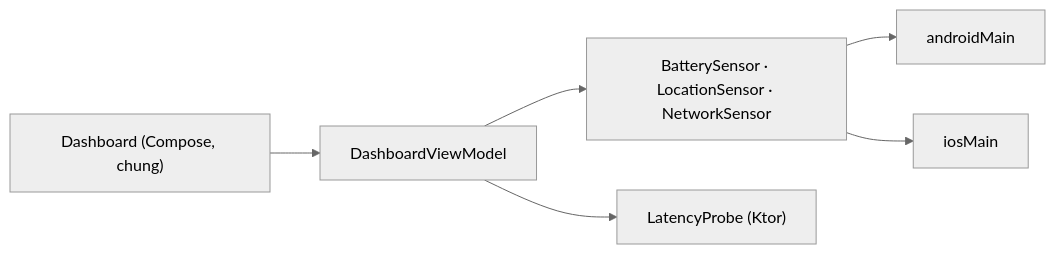
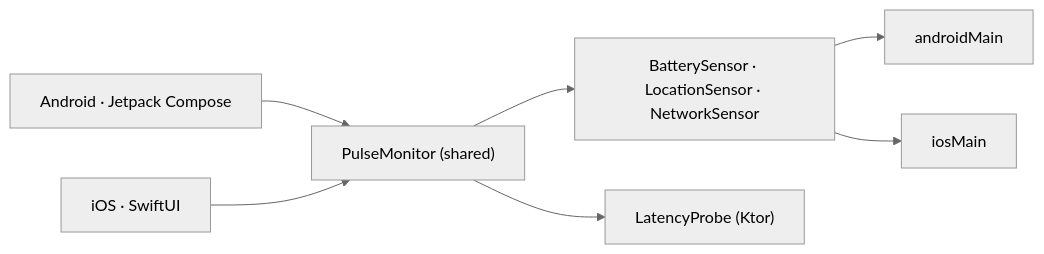
Before and after one commit to tucarmd/kotlin-multi-platform: the diagram in docs/lessons/01-what-is-kmp.md, drawn with Mermaid (neutral theme). The commit also changed other lines of this file and 22 other files, not shown here.

First line of the commit message:
docs(roadmap): UI native — Android in Kotlin + Jetpack Compose, iOS in Swift + SwiftUI on a shared KMP core

````diff
--- a/docs/lessons/01-what-is-kmp.md
+++ b/docs/lessons/01-what-is-kmp.md
@@ -69,8 +74,9 @@
 ```mermaid
 flowchart LR
-  UI["Dashboard (Compose, chung)"] --> VM[DashboardViewModel]
+  UA["Android · Jetpack Compose"] --> VM["PulseMonitor (shared)"]
+  UI["iOS · SwiftUI"] --> VM
   VM --> S["BatterySensor · LocationSensor · NetworkSensor"]
   S --> A[androidMain]
   S --> I[iosMain]
   VM --> P["LatencyProbe (Ktor)"]
 ```
````
